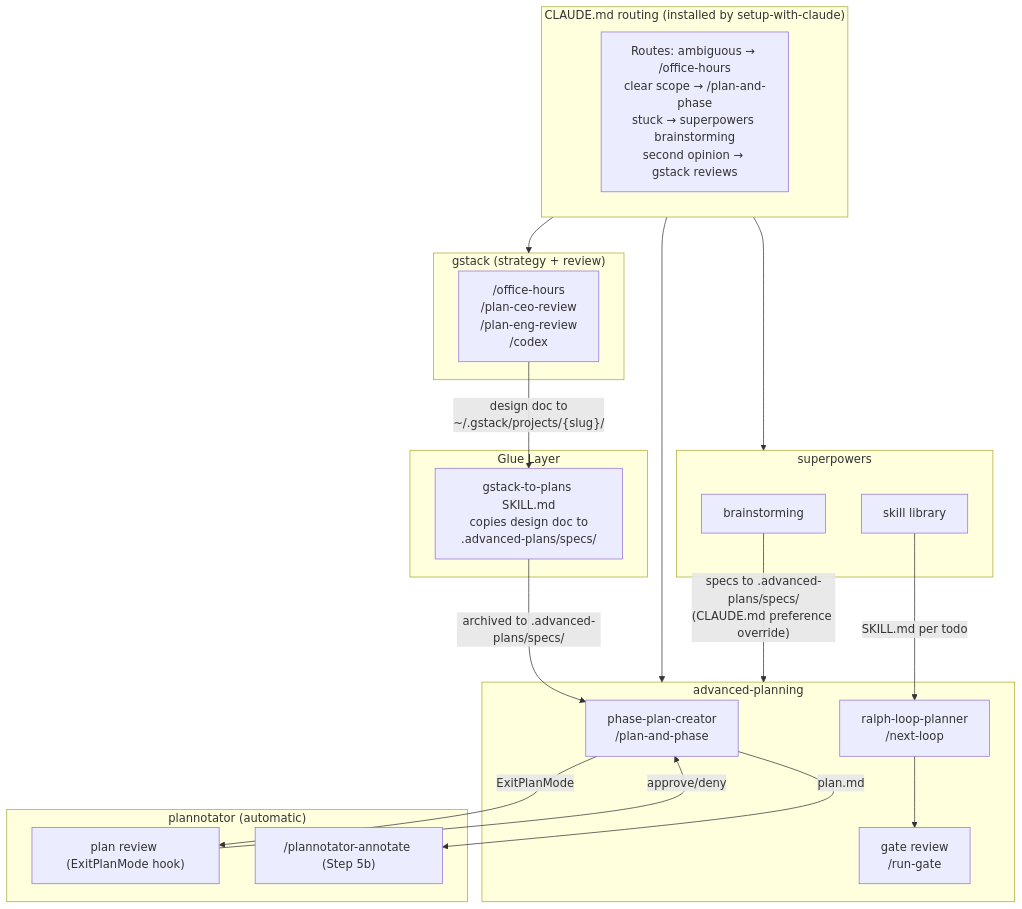
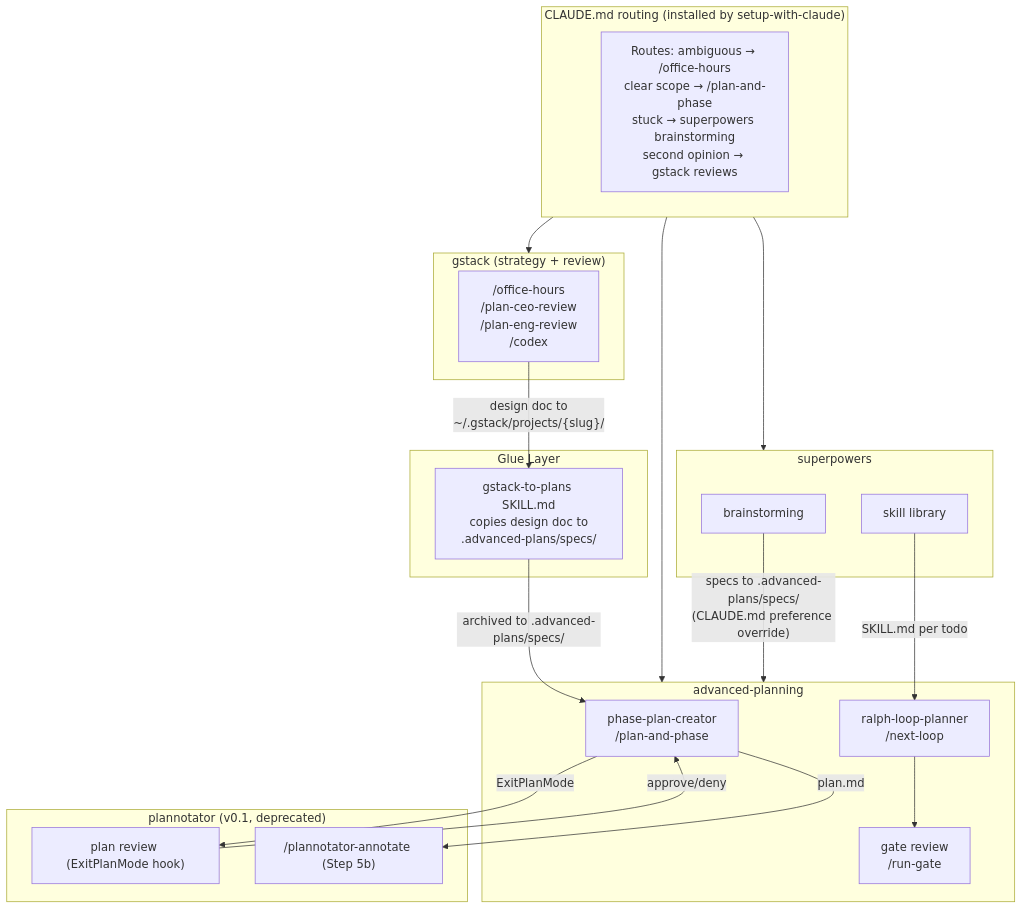
One commit to MungoHarvey/Advanced-AI-Workflows changed the first of 6 diagrams in ARCHITECTURE.md. Above: the diagram before and after it, drawn with Mermaid. The commit also changed other lines of this file and 13 other files, not shown here.

````diff
--- a/ARCHITECTURE.md
+++ b/ARCHITECTURE.md
@@ -17,52 +19,52 @@
 ```mermaid
 flowchart TB
-    accTitle: Four-Tool System Overview
-    accDescr: gstack at the strategic layer produces design docs; the glue layer copies them into the project; advanced-planning runs execution; plannotator and superpowers provide review and methodology.
+    accTitle: System Overview
+    accDescr: gstack at the strategic layer produces design docs; the glue layer copies them into the project; advanced-planning runs execution; superpowers provides methodology; a cross-model reviewer gates each phase. Plannotator is shown as the v0.1 review path and is deprecated.
 
     subgraph routing["CLAUDE.md routing (installed by setup-with-claude)"]
         rt["Routes: ambiguous → /office-hours<br/>clear scope → /plan-and-phase<br/>stuck → superpowers brainstorming<br/>second opinion → gstack reviews"]
     end
 
     subgraph gs["gstack (strategy + review)"]
         gh["/office-hours<br/>/plan-ceo-review<br/>/plan-eng-review<br/>/codex"]
     end
 
     subgraph gl["Glue Layer"]
         gtp["gstack-to-plans SKILL.md<br/>copies design doc to<br/>.advanced-plans/specs/"]
     end
 
     subgraph sp["superpowers"]
         br["brainstorming"]
         sl["skill library"]
     end
 
     subgraph ap["advanced-planning"]
         pp["phase-plan-creator<br/>/plan-and-phase"]
         rl["ralph-loop-planner<br/>/next-loop"]
         gate["gate review<br/>/run-gate"]
     end
 
-    subgraph pn["plannotator (automatic)"]
+    subgraph pn["plannotator (v0.1, deprecated)"]
         prv["plan review (ExitPlanMode hook)"]
         ann["/plannotator-annotate (Step 5b)"]
     end
 
     routing --> gs
     routing --> sp
     routing --> ap
     gh -->|"design doc to<br/>~/.gstack/projects/{slug}/"| gtp
     br -->|"specs to .advanced-plans/specs/<br/>(CLAUDE.md preference override)"| ap
     gtp -->|"archived to .advanced-plans/specs/"| pp
     sl -->|"SKILL.md per todo"| rl
     pp -->|"plan.md"| ann
     pp -->|"ExitPlanMode"| prv
     prv -->|"approve/deny"| pp
     rl --> gate
 
     classDef routing fill:#f2f2f2,stroke:#888,color:#1a1a1a
     classDef gstack fill:#dbeafe,stroke:#2563eb,color:#1e3a5f
     classDef glue fill:#fef3c7,stroke:#d97706,color:#713f12
     classDef sp fill:#f0e6ff,stroke:#9b59b6,color:#1a1a1a
     classDef ap fill:#e8f8e8,stroke:#27ae60,color:#1a1a1a
     classDef pn fill:#fff8e6,stroke:#f5a623,color:#1a1a1a
 ```
````
